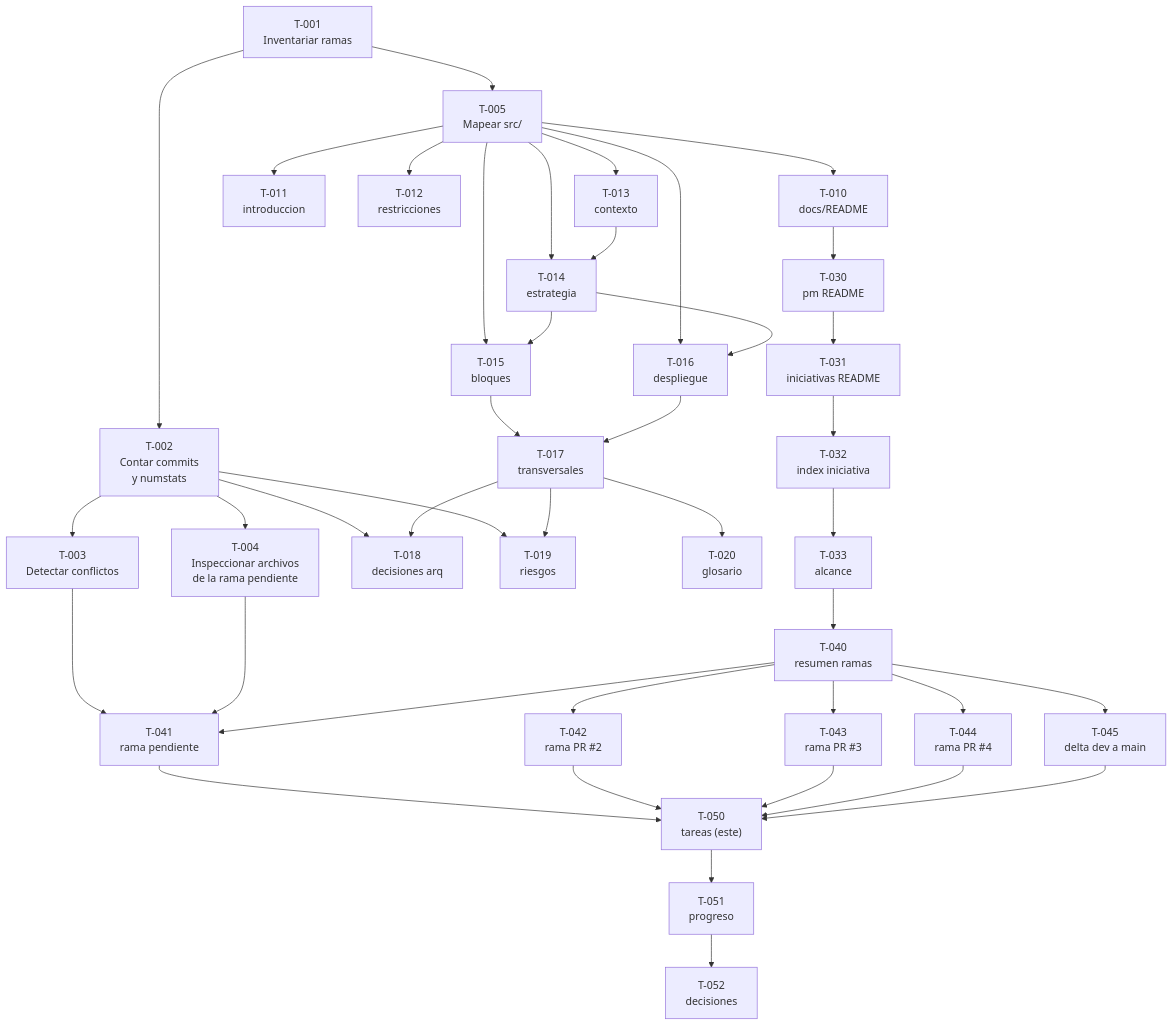
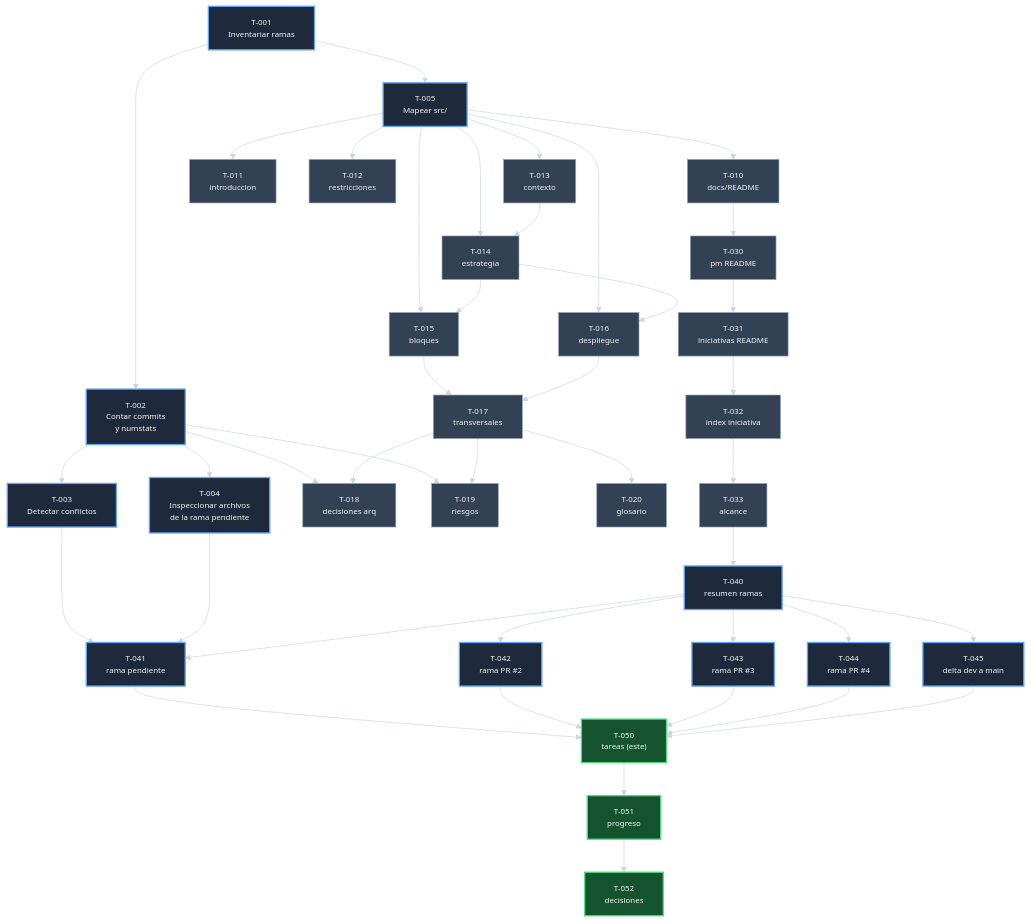
Before and after one commit to jcg-admin/template-ecommerce-ui: the diagram in docs/pm/iniciativas/analizar-ramas-pendientes-de-integracion/tareas-analizar-ramas-pendientes-de-integracion.md, drawn with Mermaid. The commit also changed 16 other files, not shown here.

First line of the commit message:
Apply dark Mermaid theme to 19 diagrams

````diff
--- a/docs/pm/iniciativas/analizar-ramas-pendientes-de-integracion/tareas-analizar-ramas-pendientes-de-integracion.md
+++ b/docs/pm/iniciativas/analizar-ramas-pendientes-de-integracion/tareas-analizar-ramas-pendientes-de-integracion.md
@@ -84,81 +84,102 @@
 ```mermaid
+%%{init: {'theme':'base', 'themeVariables': {
+  'background': '#0f172a',
+  'primaryColor': '#1e293b',
+  'primaryTextColor': '#f1f5f9',
+  'primaryBorderColor': '#94a3b8',
+  'lineColor': '#cbd5e1',
+  'secondaryColor': '#334155',
+  'tertiaryColor': '#1e3a8a',
+  'fontSize': '12px'
+}}}%%
 flowchart TB
-    T001["T-001<br/>Inventariar ramas"]
-    T002["T-002<br/>Contar commits<br/>y numstats"]
-    T003["T-003<br/>Detectar conflictos"]
-    T004["T-004<br/>Inspeccionar archivos<br/>de la rama pendiente"]
-    T005["T-005<br/>Mapear src/"]
+    tarea_t001_inventariar_ramas["T-001<br/>Inventariar ramas"]
+    tarea_t002_contar_commits_numstats["T-002<br/>Contar commits<br/>y numstats"]
+    tarea_t003_detectar_conflictos["T-003<br/>Detectar conflictos"]
+    tarea_t004_inspeccionar_archivos_rama["T-004<br/>Inspeccionar archivos<br/>de la rama pendiente"]
+    tarea_t005_mapear_src["T-005<br/>Mapear src/"]
 
-    T010["T-010<br/>docs/README"]
-    T011["T-011<br/>introduccion"]
-    T012["T-012<br/>restricciones"]
-    T013["T-013<br/>contexto"]
-    T014["T-014<br/>estrategia"]
-    T015["T-015<br/>bloques"]
-    T016["T-016<br/>despliegue"]
-    T017["T-017<br/>transversales"]
-    T018["T-018<br/>decisiones arq"]
-    T019["T-019<br/>riesgos"]
-    T020["T-020<br/>glosario"]
+    tarea_t010_docs_readme["T-010<br/>docs/README"]
+    tarea_t011_introduccion["T-011<br/>introduccion"]
+    tarea_t012_restricciones["T-012<br/>restricciones"]
+    tarea_t013_contexto["T-013<br/>contexto"]
+    tarea_t014_estrategia["T-014<br/>estrategia"]
+    tarea_t015_bloques["T-015<br/>bloques"]
+    tarea_t016_despliegue["T-016<br/>despliegue"]
+    tarea_t017_transversales["T-017<br/>transversales"]
+    tarea_t018_decisiones_arq["T-018<br/>decisiones arq"]
+    tarea_t019_riesgos["T-019<br/>riesgos"]
+    tarea_t020_glosario["T-020<br/>glosario"]
 
-    T030["T-030<br/>pm README"]
-    T031["T-031<br/>iniciativas README"]
-    T032["T-032<br/>index iniciativa"]
-    T033["T-033<br/>alcance"]
+    tarea_t030_pm_readme["T-030<br/>pm README"]
+    tarea_t031_iniciativas_readme["T-031<br/>iniciativas README"]
+    tarea_t032_index_iniciativa["T-032<br/>index iniciativa"]
+    tarea_t033_alcance["T-033<br/>alcance"]
 
-    T040["T-040<br/>resumen ramas"]
-    T041["T-041<br/>rama pendiente"]
-    T042["T-042<br/>rama PR #2"]
-    T043["T-043<br/>rama PR #3"]
-    T044["T-044<br/>rama PR #4"]
-    T045["T-045<br/>delta dev a main"]
+    tarea_t040_resumen_ramas["T-040<br/>resumen ramas"]
+    tarea_t041_rama_pendiente["T-041<br/>rama pendiente"]
+    tarea_t042_rama_pr_dos["T-042<br/>rama PR #2"]
+    tarea_t043_rama_pr_tres["T-043<br/>rama PR #3"]
+    tarea_t044_rama_pr_cuatro["T-044<br/>rama PR #4"]
+    tarea_t045_delta_dev_a_main["T-045<br/>delta dev a main"]
 
-    T050["T-050<br/>tareas (este)"]
-    T051["T-051<br/>progreso"]
-    T052["T-052<br/>decisiones"]
+    tarea_t050_tareas_este["T-050<br/>tareas (este)"]
+    tarea_t051_progreso["T-051<br/>progreso"]
+    tarea_t052_decisiones["T-052<br/>decisiones"]
 
-    T001 --> T002
-    T002 --> T003
-    T002 --> T004
-    T001 --> T005
+    tarea_t001_inventariar_ramas --> tarea_t002_contar_commits_numstats
+    tarea_t002_contar_commits_numstats --> tarea_t003_detectar_conflictos
+    tarea_t002_contar_commits_numstats --> tarea_t004_inspeccionar_archivos_rama
+    tarea_t001_inventariar_ramas --> tarea_t005_mapear_src
 
-    T005 --> T010
-    T005 --> T011
-    T005 --> T012
-    T005 --> T013
-    T005 --> T014
-    T013 --> T014
-    T005 --> T015
-    T014 --> T015
-    T005 --> T016
-    T014 --> T016
-    T015 --> T017
-    T016 --> T017
-    T002 --> T018
-    T017 --> T018
-    T002 --> T019
-    T017 --> T019
-    T017 --> T020
+    tarea_t005_mapear_src --> tarea_t010_docs_readme
+    tarea_t005_mapear_src --> tarea_t011_introduccion
+    tarea_t005_mapear_src --> tarea_t012_restricciones
+    tarea_t005_mapear_src --> tarea_t013_contexto
+    tarea_t005_mapear_src --> tarea_t014_estrategia
+    tarea_t013_contexto --> tarea_t014_estrategia
+    tarea_t005_mapear_src --> tarea_t015_bloques
+    tarea_t014_estrategia --> tarea_t015_bloques
+    tarea_t005_mapear_src --> tarea_t016_despliegue
+    tarea_t014_estrategia --> tarea_t016_despliegue
+    tarea_t015_bloques --> tarea_t017_transversales
+    tarea_t016_despliegue --> tarea_t017_transversales
+    tarea_t002_contar_commits_numstats --> tarea_t018_decisiones_arq
+    tarea_t017_transversales --> tarea_t018_decisiones_arq
+    tarea_t002_contar_commits_numstats --> tarea_t019_riesgos
+    tarea_t017_transversales --> tarea_t019_riesgos
+    tarea_t017_transversales --> tarea_t020_glosario
 
-    T010 --> T030
-    T030 --> T031
-    T031 --> T032
-    T032 --> T033
+    tarea_t010_docs_readme --> tarea_t030_pm_readme
+    tarea_t030_pm_readme --> tarea_t031_iniciativas_readme
+    tarea_t031_iniciativas_readme --> tarea_t032_index_iniciativa
+    tarea_t032_index_iniciativa --> tarea_t033_alcance
 
-    T033 --> T040
-    T003 --> T041
-    T004 --> T041
-    T040 --> T041
-    T040 --> T042
-    T040 --> T043
-    T040 --> T044
-    T040 --> T045
+    tarea_t033_alcance --> tarea_t040_resumen_ramas
+    tarea_t003_detectar_conflictos --> tarea_t041_rama_pendiente
+    tarea_t004_inspeccionar_archivos_rama --> tarea_t041_rama_pendiente
+    tarea_t040_resumen_ramas --> tarea_t041_rama_pendiente
+    tarea_t040_resumen_ramas --> tarea_t042_rama_pr_dos
+    tarea_t040_resumen_ramas --> tarea_t043_rama_pr_tres
+    tarea_t040_resumen_ramas --> tarea_t044_rama_pr_cuatro
+    tarea_t040_resumen_ramas --> tarea_t045_delta_dev_a_main
 
-    T041 --> T050
-    T042 --> T050
-    T043 --> T050
-    T044 --> T050
-    T045 --> T050
-    T050 --> T051
-    T051 --> T052
+    tarea_t041_rama_pendiente --> tarea_t050_tareas_este
+    tarea_t042_rama_pr_dos --> tarea_t050_tareas_este
+    tarea_t043_rama_pr_tres --> tarea_t050_tareas_este
+    tarea_t044_rama_pr_cuatro --> tarea_t050_tareas_este
+    tarea_t045_delta_dev_a_main --> tarea_t050_tareas_este
+    tarea_t050_tareas_este --> tarea_t051_progreso
+    tarea_t051_progreso --> tarea_t052_decisiones
+
+    classDef primaryNode fill:#1e293b,stroke:#60a5fa,stroke-width:2px,color:#f1f5f9
+    classDef secondaryNode fill:#334155,stroke:#94a3b8,stroke-width:1px,color:#f1f5f9
+    classDef doneNode fill:#14532d,stroke:#4ade80,stroke-width:2px,color:#f0fdf4
+
+    class tarea_t001_inventariar_ramas,tarea_t002_contar_commits_numstats,tarea_t003_detectar_conflictos,tarea_t004_inspeccionar_archivos_rama,tarea_t005_mapear_src primaryNode
+    class tarea_t010_docs_readme,tarea_t011_introduccion,tarea_t012_restricciones,tarea_t013_contexto,tarea_t014_estrategia,tarea_t015_bloques,tarea_t016_despliegue,tarea_t017_transversales,tarea_t018_decisiones_arq,tarea_t019_riesgos,tarea_t020_glosario secondaryNode
+    class tarea_t030_pm_readme,tarea_t031_iniciativas_readme,tarea_t032_index_iniciativa,tarea_t033_alcance secondaryNode
+    class tarea_t040_resumen_ramas,tarea_t041_rama_pendiente,tarea_t042_rama_pr_dos,tarea_t043_rama_pr_tres,tarea_t044_rama_pr_cuatro,tarea_t045_delta_dev_a_main primaryNode
+    class tarea_t050_tareas_este,tarea_t051_progreso doneNode
+    class tarea_t052_decisiones doneNode
 ```
````
